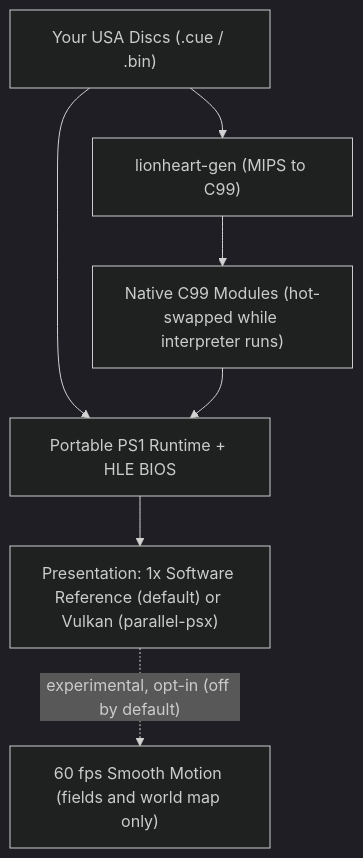
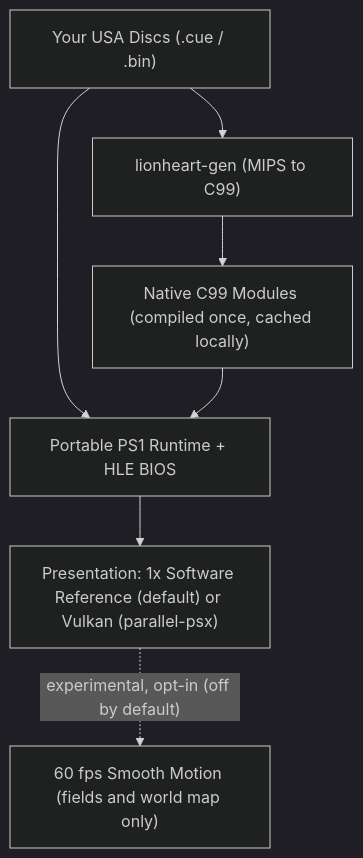
The diagram in README.md (rash-pro/lionheart), drawn with Mermaid (dark theme) before and after one commit. The commit also changed other lines of this file and 8 other files, not shown here.

````diff
--- a/README.md
+++ b/README.md
@@ -44,9 +44,9 @@
 ```mermaid
 flowchart TD
     discs["Your USA Discs (.cue / .bin)"] --> gen["lionheart-gen (MIPS to C99)"]
     discs --> runtime["Portable PS1 Runtime + HLE BIOS"]
-    gen --> mods["Native C99 Modules (hot-swapped while interpreter runs)"]
+    gen --> mods["Native C99 Modules (compiled once, cached locally)"]
     mods --> runtime
     runtime --> present["Presentation: 1x Software Reference (default) or Vulkan (parallel-psx)"]
     present -. "experimental, opt-in (off by default)" .-> smooth["60 fps Smooth Motion (fields and world map only)"]
 ```
````
